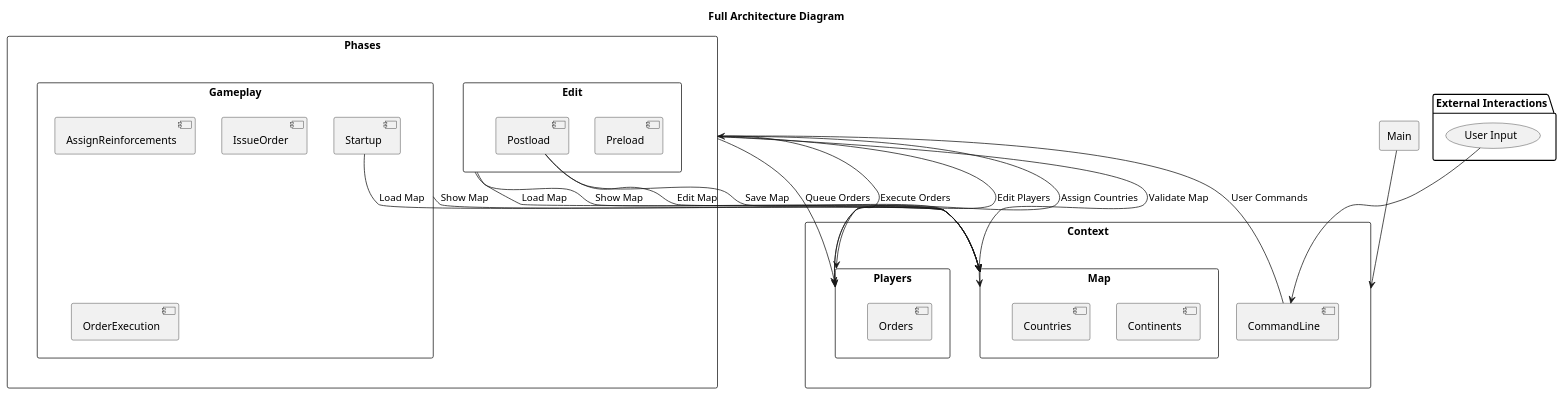
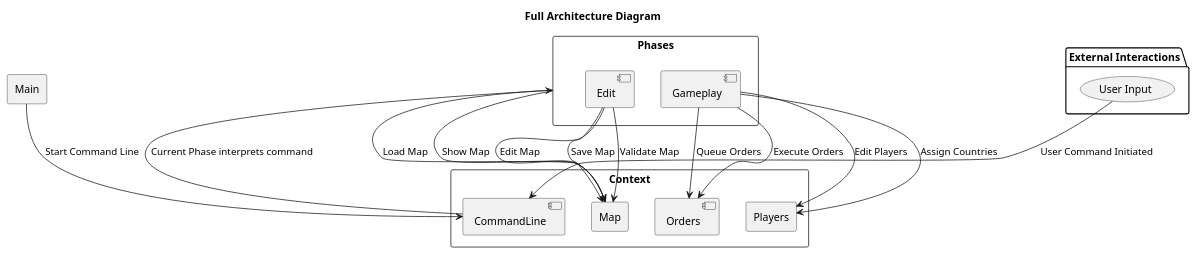
The diagram in plantuml/architectural_diagram_simple.puml (smarkandu/soen6441-project), drawn with PlantUML before and after one commit. The commit also changed 3 other files, not shown here.

Commit message:
documentation: Deleted old files, updated architectural_diagram_simple

```diff
--- a/plantuml/architectural_diagram_simple.puml
+++ b/plantuml/architectural_diagram_simple.puml
@@ -1,54 +1,43 @@
 @startuml
 title Full Architecture Diagram
 
 ' Define the major components/modules of the system
 
 rectangle "Phases" {
-    rectangle "Edit" {
-    [Preload]
-    [Postload]
-    }
-    rectangle "Gameplay" {
-    [Startup]
-    [AssignReinforcements]
-    [IssueOrder]
-    [OrderExecution]
-    }
+    [Edit]
+    [Gameplay]
 }
 
 rectangle "Context" {
     [CommandLine]
-    [CommandLine]-->[Phases]:User Commands
+    [CommandLine]-->[Phases]:Current Phase interprets command
 
-    [Edit]-->[Map]:Load Map
-    [Startup]-->[Map]:Load Map
-    [Postload]-->[Map]:Edit Map
-    [Postload]-->[Map]:Save Map
-    [Edit]-->[Map]:Show Map
-    [Gameplay]-->[Map]:Show Map
-    [Phases]-->[Map]:Validate Map
+    [Phases]-->[Map]:Show Map
+    [Phases]-->[Map]:Load Map
 
-    [Phases]-->[Players]:Edit Players
-    [Phases]-->[Players]:Assign Countries
-    [Phases]-->[Players]:Queue Orders
-    [Phases]-->[Players]:Execute Orders
+    [Edit]-->[Map]:Edit Map
+    [Edit]-->[Map]:Save Map
+    [Edit]-->[Map]:Validate Map
+
+    [Gameplay]-->[Players]:Edit Players
+    [Gameplay]-->[Players]:Assign Countries
+    [Gameplay]-->[Orders]:Queue Orders
+    [Gameplay]-->[Orders]:Execute Orders
 
     rectangle "Map" {
-        [Continents]
-        [Countries]
     }
 
     rectangle "Players" {
         [Orders]
     }
 }
 
 package "External Interactions" {
-    (User Input) --> [CommandLine]
+    (User Input) --> [CommandLine]:User Command Initiated
 }
 
 ' External interactions
 rectangle "Main" {
-    [Main] --> [Context]
+    [Main] --> [CommandLine]:Start Command Line
 }
 @enduml
```
